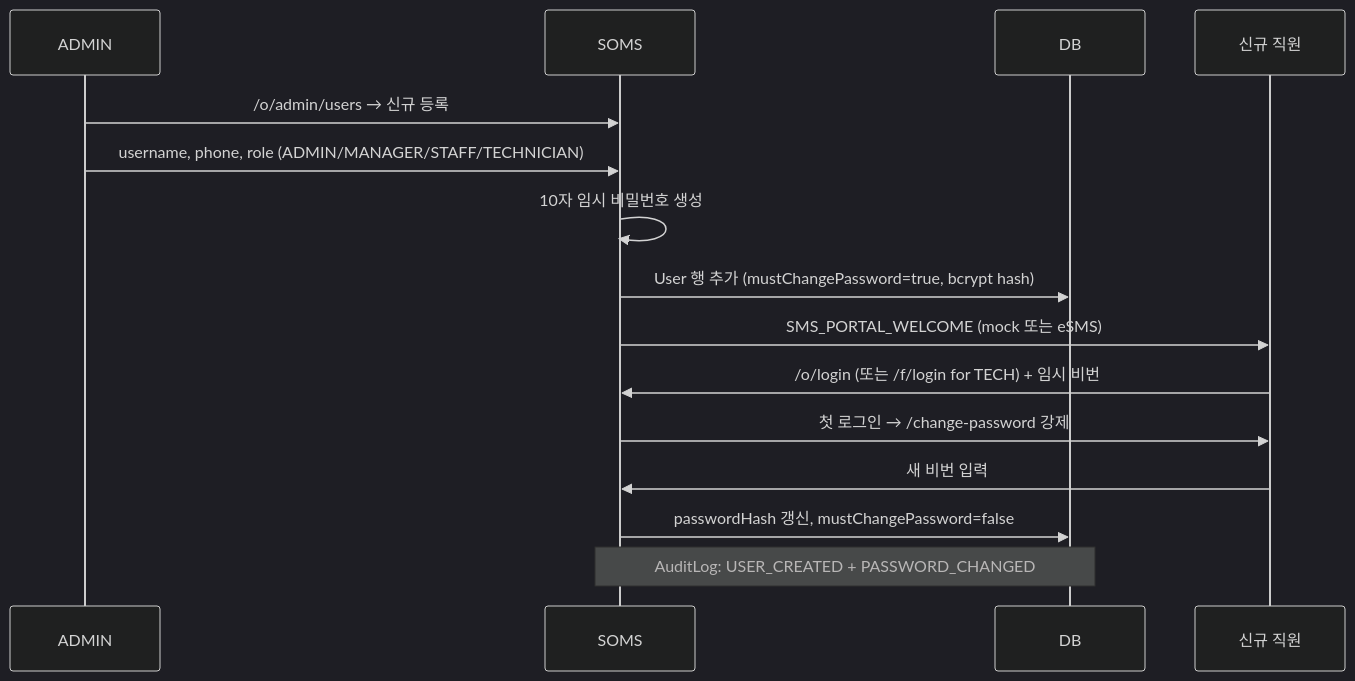
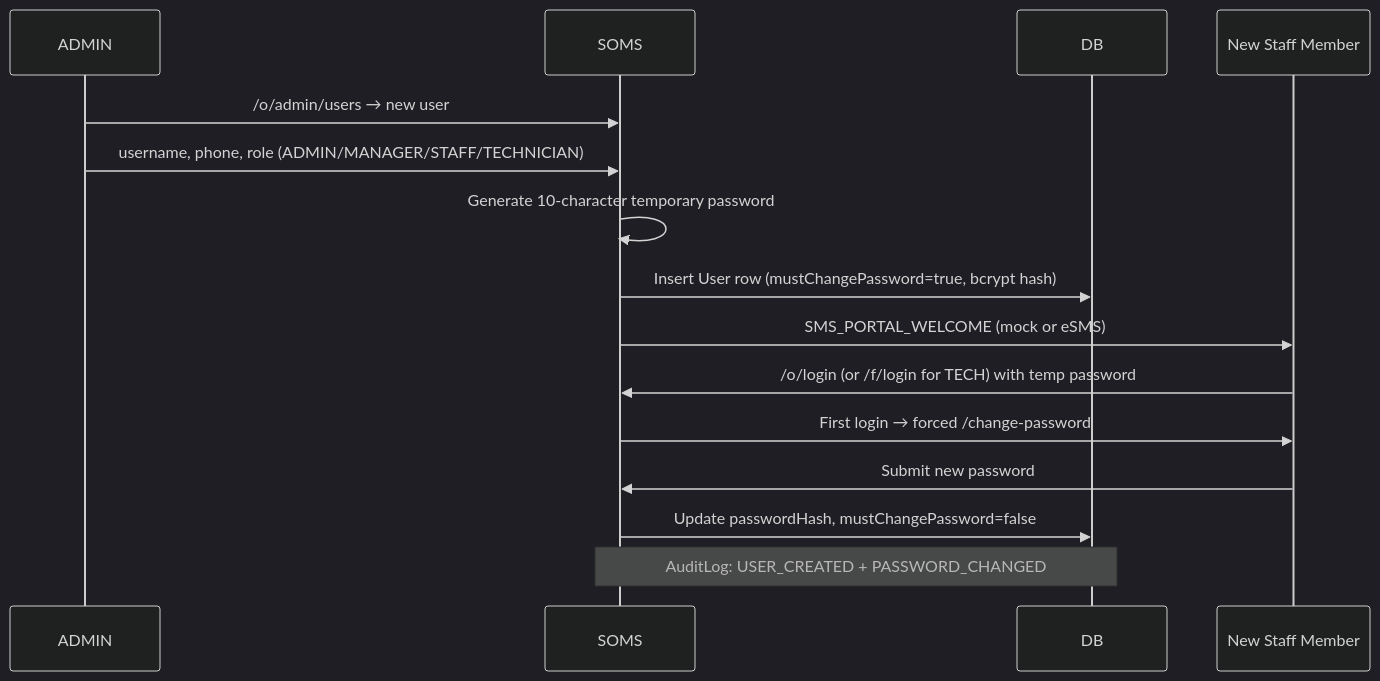
The fourth of 43 diagrams in docs/USER_WORKFLOWS.md (JoJakeTaemoon/jakes-home-appliances-soms), drawn with Mermaid (dark theme) before and after one commit. The commit also changed other lines of this file and 1 other file, not shown here.

First line of the commit message:
docs(workflows): add per-Part summary diagrams to HOW_TO_USE.md + translate USER_WORKFLOWS.md to English

````diff
--- a/docs/USER_WORKFLOWS.md
+++ b/docs/USER_WORKFLOWS.md
@@ -159,18 +159,18 @@
 ```mermaid
 sequenceDiagram
   participant Admin as ADMIN
   participant System as SOMS
   participant DB as DB
-  participant User as 신규 직원
+  participant User as New Staff Member
 
-  Admin->>System: /o/admin/users → 신규 등록
+  Admin->>System: /o/admin/users → new user
   Admin->>System: username, phone, role (ADMIN/MANAGER/STAFF/TECHNICIAN)
-  System->>System: 10자 임시 비밀번호 생성
-  System->>DB: User 행 추가 (mustChangePassword=true, bcrypt hash)
-  System->>User: SMS_PORTAL_WELCOME (mock 또는 eSMS)
-  User->>System: /o/login (또는 /f/login for TECH) + 임시 비번
-  System->>User: 첫 로그인 → /change-password 강제
-  User->>System: 새 비번 입력
-  System->>DB: passwordHash 갱신, mustChangePassword=false
+  System->>System: Generate 10-character temporary password
+  System->>DB: Insert User row (mustChangePassword=true, bcrypt hash)
+  System->>User: SMS_PORTAL_WELCOME (mock or eSMS)
+  User->>System: /o/login (or /f/login for TECH) with temp password
+  System->>User: First login → forced /change-password
+  User->>System: Submit new password
+  System->>DB: Update passwordHash, mustChangePassword=false
   Note over System,DB: AuditLog: USER_CREATED + PASSWORD_CHANGED
 ```
````
